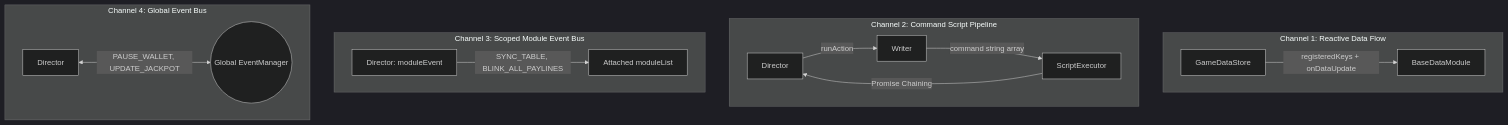
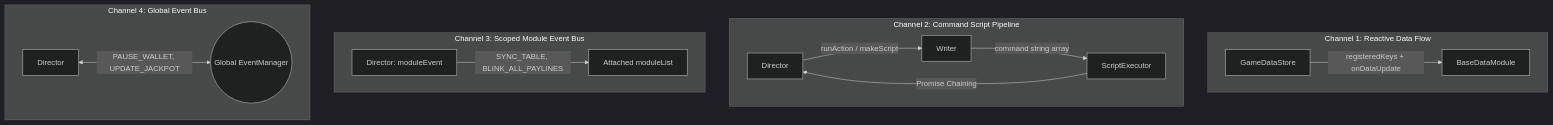
The first of 2 diagrams in docs/cc_slot_module/systems/01_game_mode_system/03_inter_module_communication_4_channels.md (lam-ark/mcp-fwcc), drawn with Mermaid (dark theme) before and after one commit. The commit also changed other lines of this file and 51 other files, not shown here.

Commit message:
docs(mcp-fwcc): complete FortuneWheel methods, GameModeWriter methods, and English system architecture

````diff
--- a/docs/cc_slot_module/systems/01_game_mode_system/03_inter_module_communication_4_channels.md
+++ b/docs/cc_slot_module/systems/01_game_mode_system/03_inter_module_communication_4_channels.md
@@ -16,20 +16,20 @@
 ```mermaid
 graph TD
     subgraph Channel 1: Reactive Data Flow
         GDS[GameDataStore] -->|registeredKeys + onDataUpdate| BDM[BaseDataModule]
     end
 
     subgraph Channel 2: Command Script Pipeline
-        Dir[Director] -->|runAction| Wrt[Writer]
+        Dir[Director] -->|runAction / makeScript| Wrt[Writer]
         Wrt -->|command string array| Exec[ScriptExecutor]
         Exec -->|Promise Chaining| Dir
     end
 
     subgraph Channel 3: Scoped Module Event Bus
         DirBus[Director: moduleEvent] -->|SYNC_TABLE, BLINK_ALL_PAYLINES| UIMods[Attached moduleList]
     end
 
     subgraph Channel 4: Global Event Bus
         DirGlobal[Director] <-->|PAUSE_WALLET, UPDATE_JACKPOT| EventMgr((Global EventManager))
     end
 ```
````
